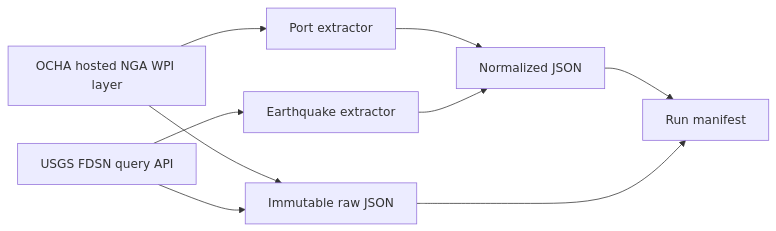
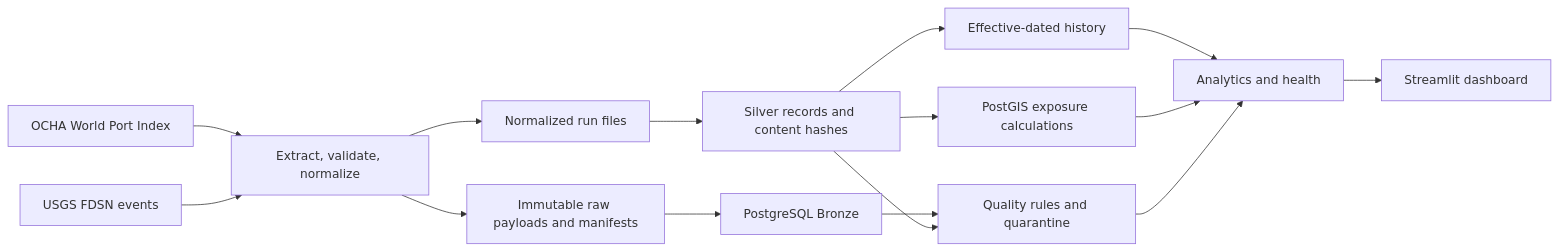
The diagram in README.md (charanreddy0006/supplywatch), drawn with Mermaid before and after one commit. The commit also changed other lines of this file and 12 other files, not shown here.

````diff
--- a/README.md
+++ b/README.md
@@ -7,11 +17,17 @@
 ```mermaid
 flowchart LR
-  A[OCHA hosted NGA WPI layer] --> C[Port extractor]
-  B[USGS FDSN query API] --> D[Earthquake extractor]
-  C --> E[Normalized JSON]
-  D --> E
-  A --> F[Immutable raw JSON]
-  B --> F
-  E --> G[Run manifest]
-  F --> G
+  P[OCHA World Port Index] --> I[Extract, validate, normalize]
+  Q[USGS FDSN events] --> I
+  I --> R[Immutable raw payloads and manifests]
+  I --> N[Normalized run files]
+  R --> B[PostgreSQL Bronze]
+  N --> S[Silver records and content hashes]
+  S --> H[Effective-dated history]
+  S --> G[PostGIS exposure calculations]
+  B --> DQ[Quality rules and quarantine]
+  S --> DQ
+  H --> A[Analytics and health]
+  G --> A
+  DQ --> A
+  A --> UI[Streamlit dashboard]
 ```
````
